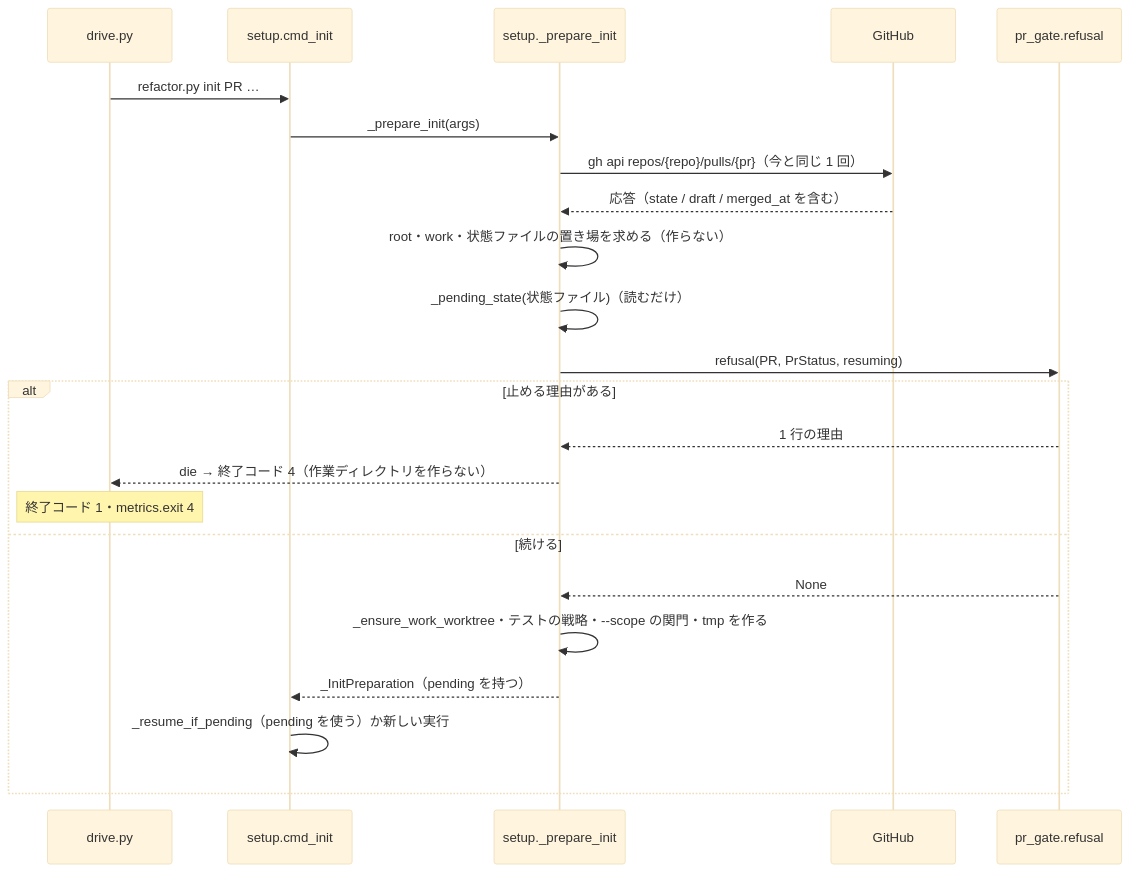
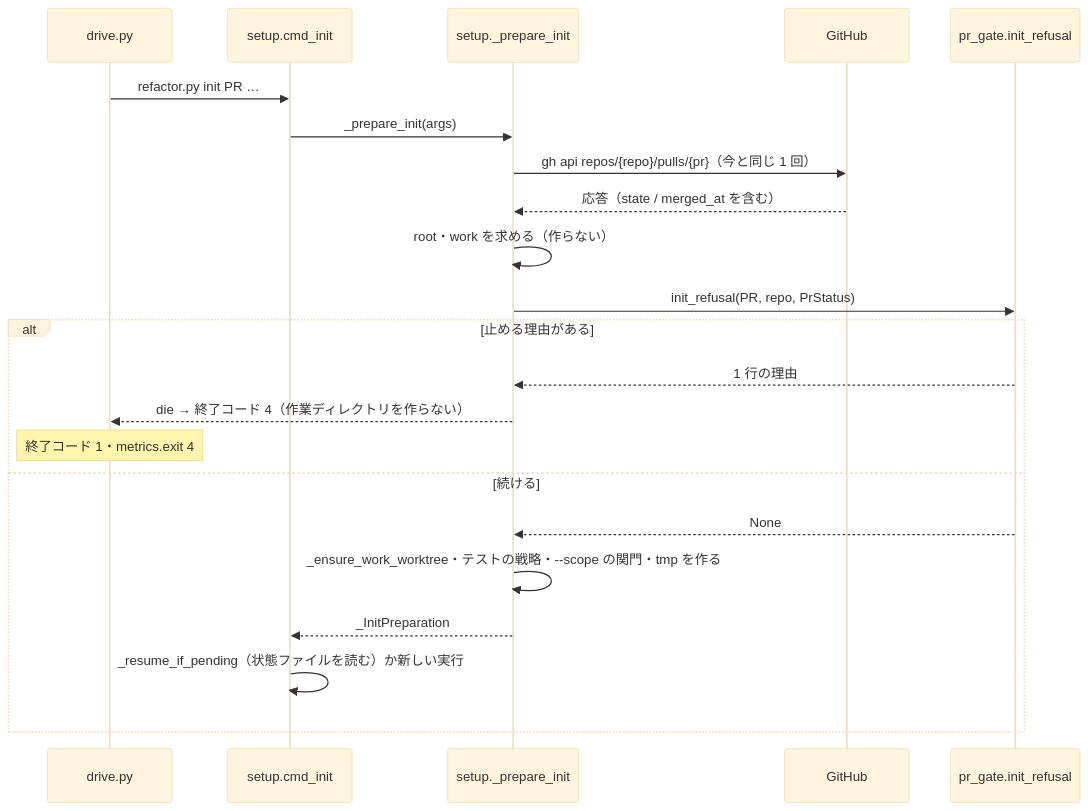
Before and after one commit to devbasex/ai-plugins: the fifth of 6 diagrams in issues/issue-1658-design.md, drawn with Mermaid (base theme). The commit also changed other lines of this file and 8 other files, not shown here.

First line of the commit message:
Fix: cross-refactoring の init が Draft でない Pull Request で止まる判定を外す

````diff
--- a/issues/issue-1658-design.md
+++ b/issues/issue-1658-design.md
@@ -249,25 +243,24 @@
 ```mermaid
 sequenceDiagram
     participant D as drive.py
     participant I as setup.cmd_init
     participant P as setup._prepare_init
     participant G as GitHub
-    participant R as pr_gate.refusal
+    participant R as pr_gate.init_refusal
     D->>I: refactor.py init PR …
     I->>P: _prepare_init(args)
     P->>G: gh api repos/{repo}/pulls/{pr}（今と同じ 1 回）
-    G-->>P: 応答（state / draft / merged_at を含む）
-    P->>P: root・work・状態ファイルの置き場を求める（作らない）
-    P->>P: _pending_state(状態ファイル)（読むだけ）
-    P->>R: refusal(PR, PrStatus, resuming)
+    G-->>P: 応答（state / merged_at を含む）
+    P->>P: root・work を求める（作らない）
+    P->>R: init_refusal(PR, repo, PrStatus)
     alt 止める理由がある
         R-->>P: 1 行の理由
         P-->>D: die → 終了コード 4（作業ディレクトリを作らない）
         Note over D: 終了コード 1・metrics.exit 4
     else 続ける
         R-->>P: None
         P->>P: _ensure_work_worktree・テストの戦略・--scope の関門・tmp を作る
-        P-->>I: _InitPreparation（pending を持つ）
-        I->>I: _resume_if_pending（pending を使う）か新しい実行
+        P-->>I: _InitPreparation
+        I->>I: _resume_if_pending（状態ファイルを読む）か新しい実行
     end
 ```
````
